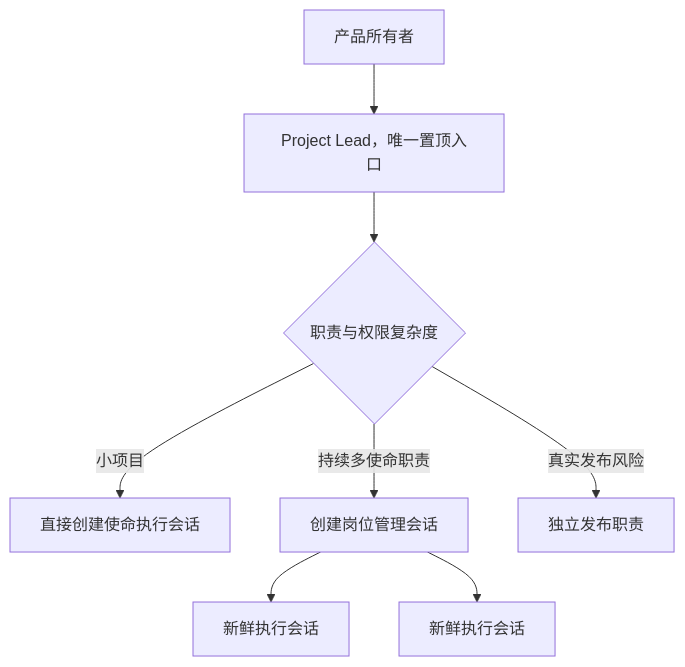
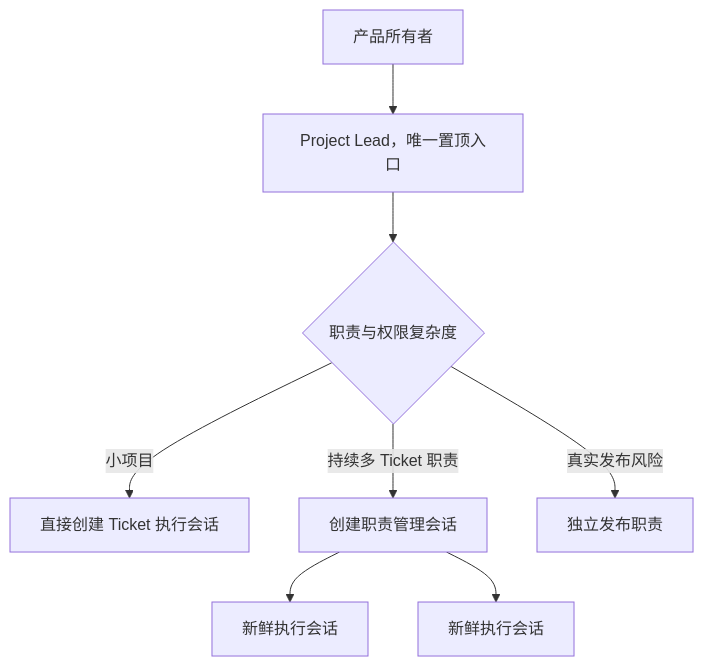
The diagram in design/installation-and-project-bootstrap.md (thevenomsnake/MAGA), drawn with Mermaid before and after one commit. The commit also changed other lines of this file and 14 other files, not shown here.

````diff
--- a/design/installation-and-project-bootstrap.md
+++ b/design/installation-and-project-bootstrap.md
@@ -84,10 +84,10 @@
 ```mermaid
 flowchart TD
     U["产品所有者"] --> P["Project Lead，唯一置顶入口"]
     P --> S{"职责与权限复杂度"}
-    S -->|小项目| W["直接创建使命执行会话"]
-    S -->|持续多使命职责| R["创建岗位管理会话"]
+    S -->|小项目| W["直接创建 Ticket 执行会话"]
+    S -->|持续多 Ticket 职责| R["创建职责管理会话"]
     R --> W1["新鲜执行会话"]
     R --> W2["新鲜执行会话"]
     S -->|真实发布风险| D["独立发布职责"]
 ```
````
